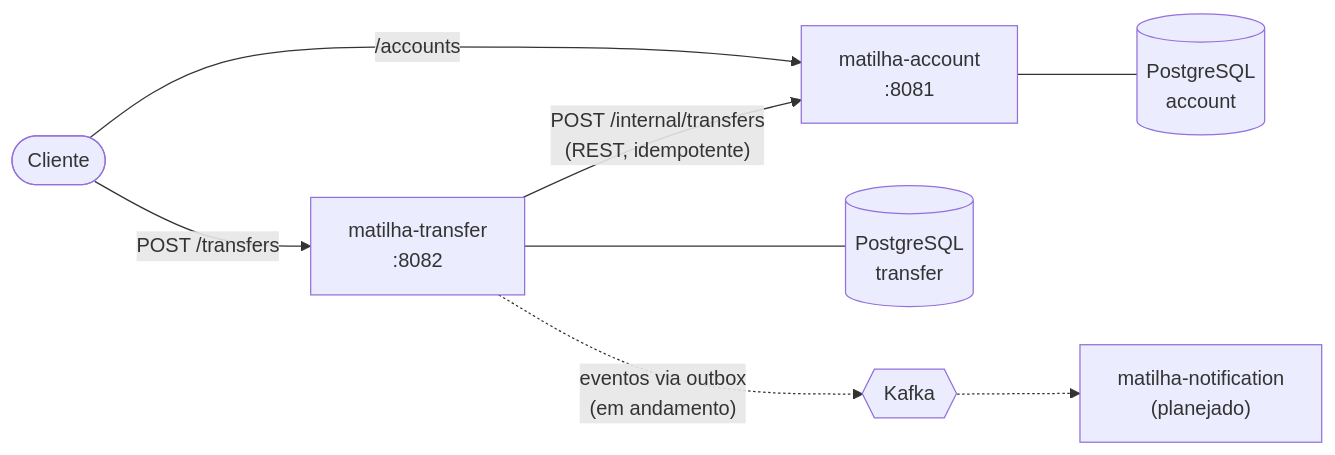
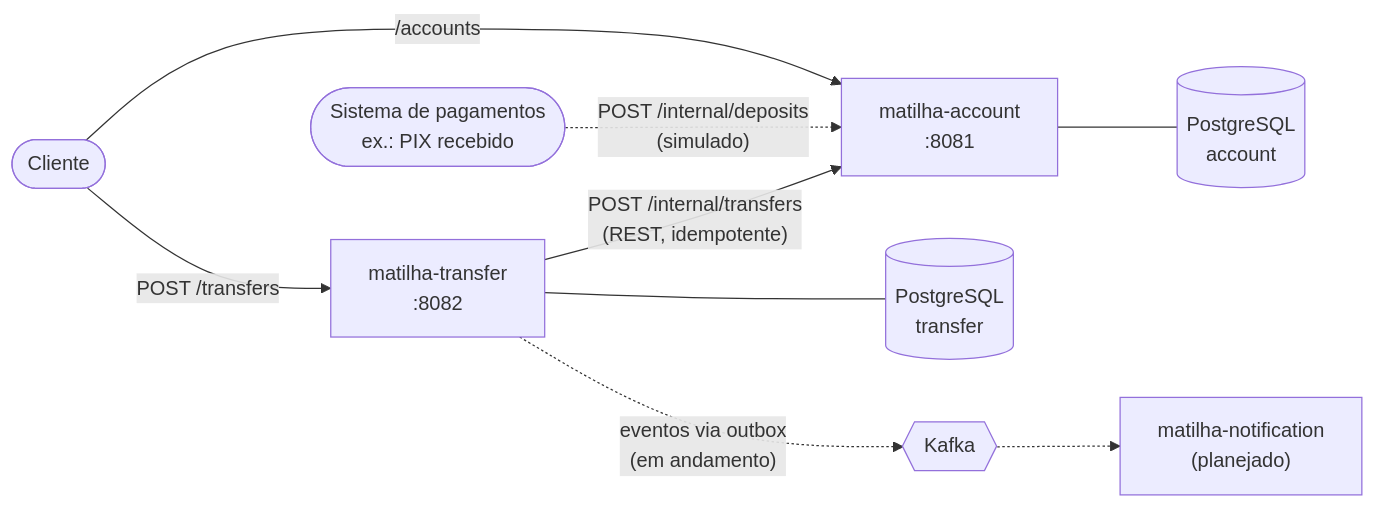
Before and after one commit to Zanellas/Matilha: the diagram in README.md, drawn with Mermaid. The commit also changed other lines of this file and 13 other files, not shown here.

````diff
--- a/README.md
+++ b/README.md
@@ -9,18 +9,20 @@
 ```mermaid
 flowchart LR
     client([Cliente])
+    payments([Sistema de pagamentos<br/>ex.: PIX recebido])
     transfer["matilha-transfer<br/>:8082"]
     account["matilha-account<br/>:8081"]
     tdb[("PostgreSQL<br/>transfer")]
     adb[("PostgreSQL<br/>account")]
     kafka{{"Kafka"}}
     notification["matilha-notification<br/>(planejado)"]
 
     client -->|"POST /transfers"| transfer
     client -->|"/accounts"| account
+    payments -.->|"POST /internal/deposits<br/>(simulado)"| account
     transfer -->|"POST /internal/transfers<br/>(REST, idempotente)"| account
     transfer --- tdb
     account --- adb
     transfer -.->|"eventos via outbox<br/>(em andamento)"| kafka
     kafka -.-> notification
 ```
````
